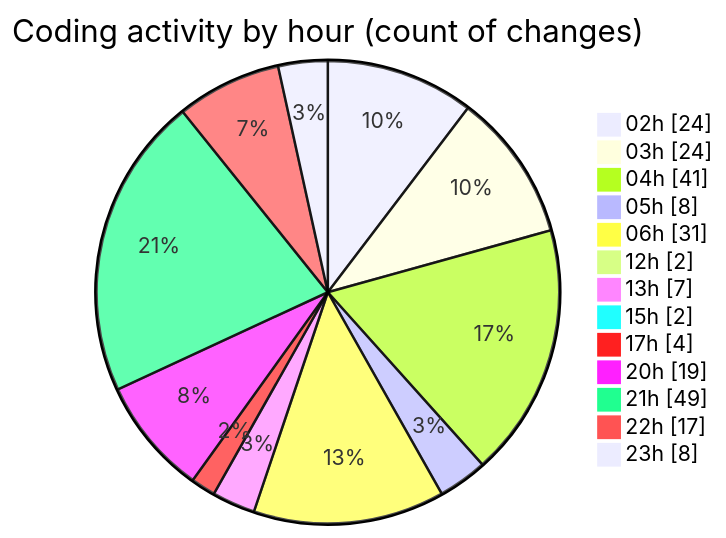
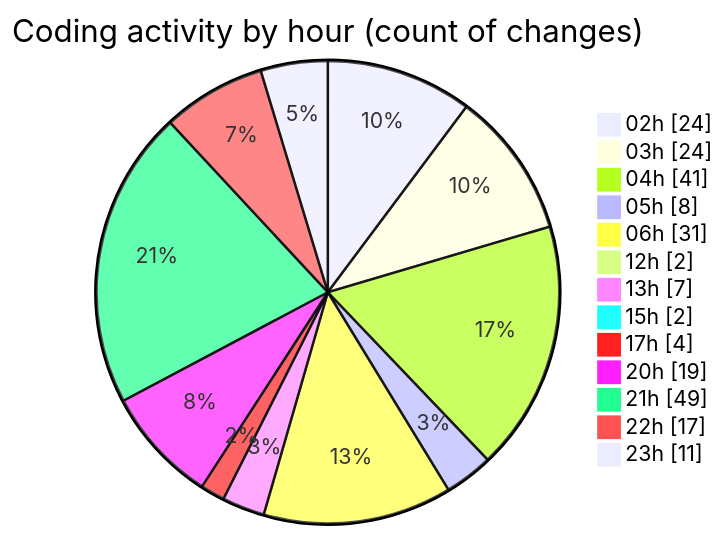
One commit to lephambinh05/code-tracking changed the second of 2 diagrams in 2025-07-23/quanlyrapchieuphim/README.md. Above: the diagram before and after it, drawn with Mermaid. The commit also changed other lines of this file and 1 other file, not shown here.

````diff
--- a/2025-07-23/quanlyrapchieuphim/README.md
+++ b/2025-07-23/quanlyrapchieuphim/README.md
@@ -46,17 +46,17 @@
 ```mermaid
 pie showData
 title Coding activity by hour (count of changes)
 "02h" : 24
 "03h" : 24
 "04h" : 41
 "05h" : 8
 "06h" : 31
 "12h" : 2
 "13h" : 7
 "15h" : 2
 "17h" : 4
 "20h" : 19
 "21h" : 49
 "22h" : 17
-"23h" : 8
+"23h" : 11
 ```
````
